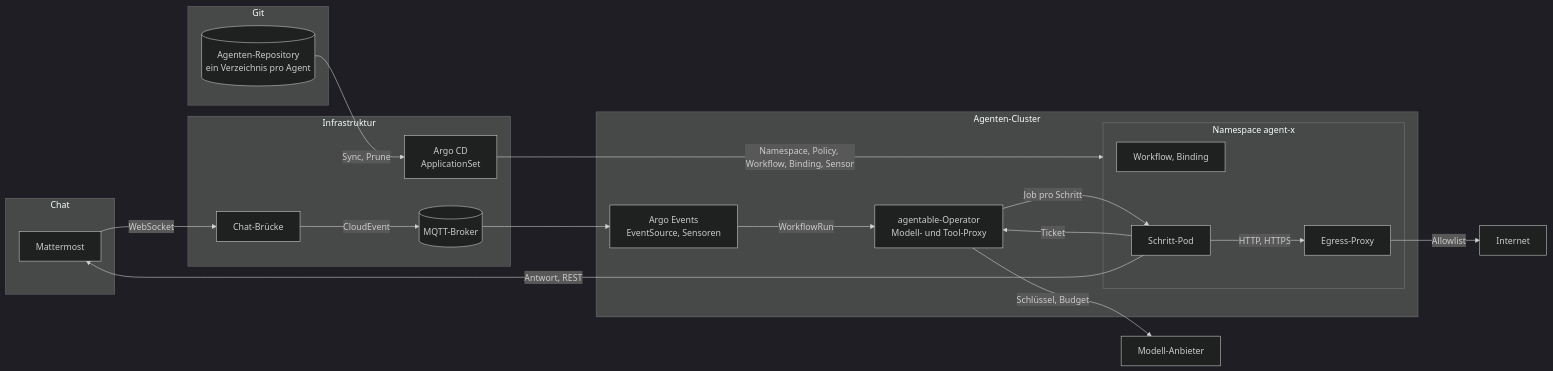
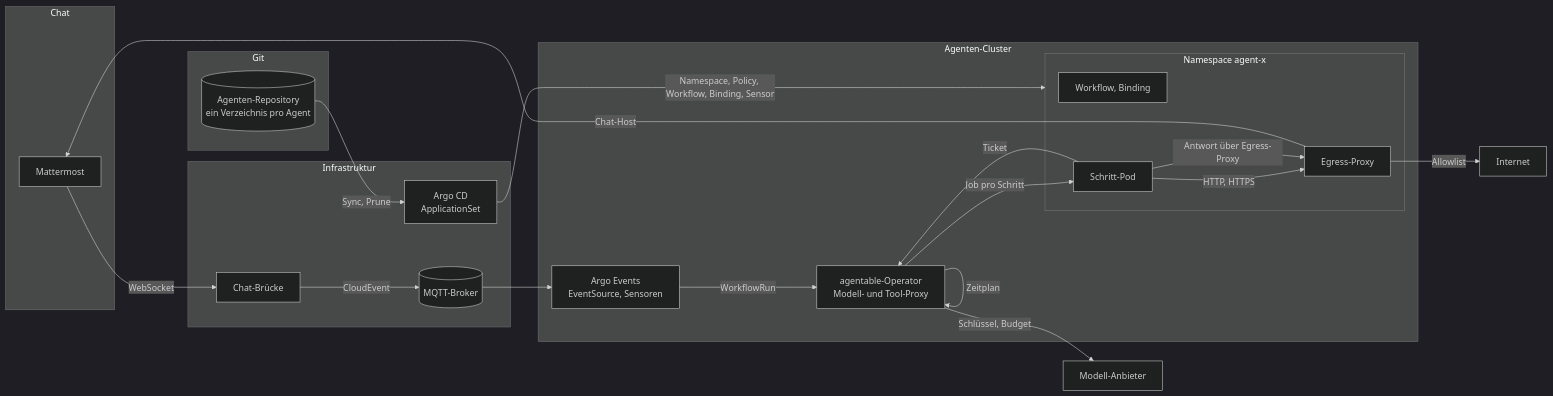
Before and after one commit to slauger/ai-agent-operations: the first of 3 diagrams in docs/01-architektur.md, drawn with Mermaid (dark theme). The commit also changed other lines of this file and 26 other files, not shown here.

````diff
--- a/docs/01-architektur.md
+++ b/docs/01-architektur.md
@@ -5,35 +5,37 @@
 ```mermaid
 flowchart LR
     subgraph Git["Git"]
         AR[(Agenten-Repository<br>ein Verzeichnis pro Agent)]
     end
     subgraph Kanal["Chat"]
         MM[Mattermost]
     end
     subgraph Core["Infrastruktur"]
         ACD[Argo CD<br>ApplicationSet]
         MQ[(MQTT-Broker)]
         BR[Chat-Brücke]
     end
     subgraph Agents["Agenten-Cluster"]
         AE[Argo Events<br>EventSource, Sensoren]
         OP[agentable-Operator<br>Modell- und Tool-Proxy]
         subgraph NS["Namespace agent-x"]
             WF[Workflow, Binding]
             P1[Schritt-Pod]
             SQ[Egress-Proxy]
         end
     end
     LLM[Modell-Anbieter]
     WEB[Internet]
 
     AR -->|Sync, Prune| ACD
     ACD -->|Namespace, Policy, Workflow, Binding, Sensor| NS
     MM -->|WebSocket| BR -->|CloudEvent| MQ --> AE
     AE -->|WorkflowRun| OP
     OP -->|Job pro Schritt| P1
     P1 -->|Ticket| OP
     OP -->|Schlüssel, Budget| LLM
     P1 -->|HTTP, HTTPS| SQ -->|Allowlist| WEB
-    P1 -->|Antwort, REST| MM
+    P1 -->|Antwort über Egress-Proxy| SQ
+    SQ -->|Chat-Host| MM
+    OP -->|Zeitplan| OP
 ```
````
